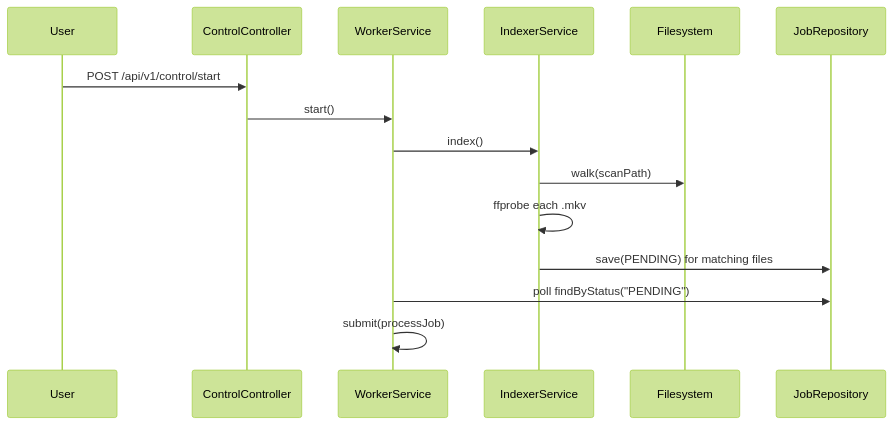
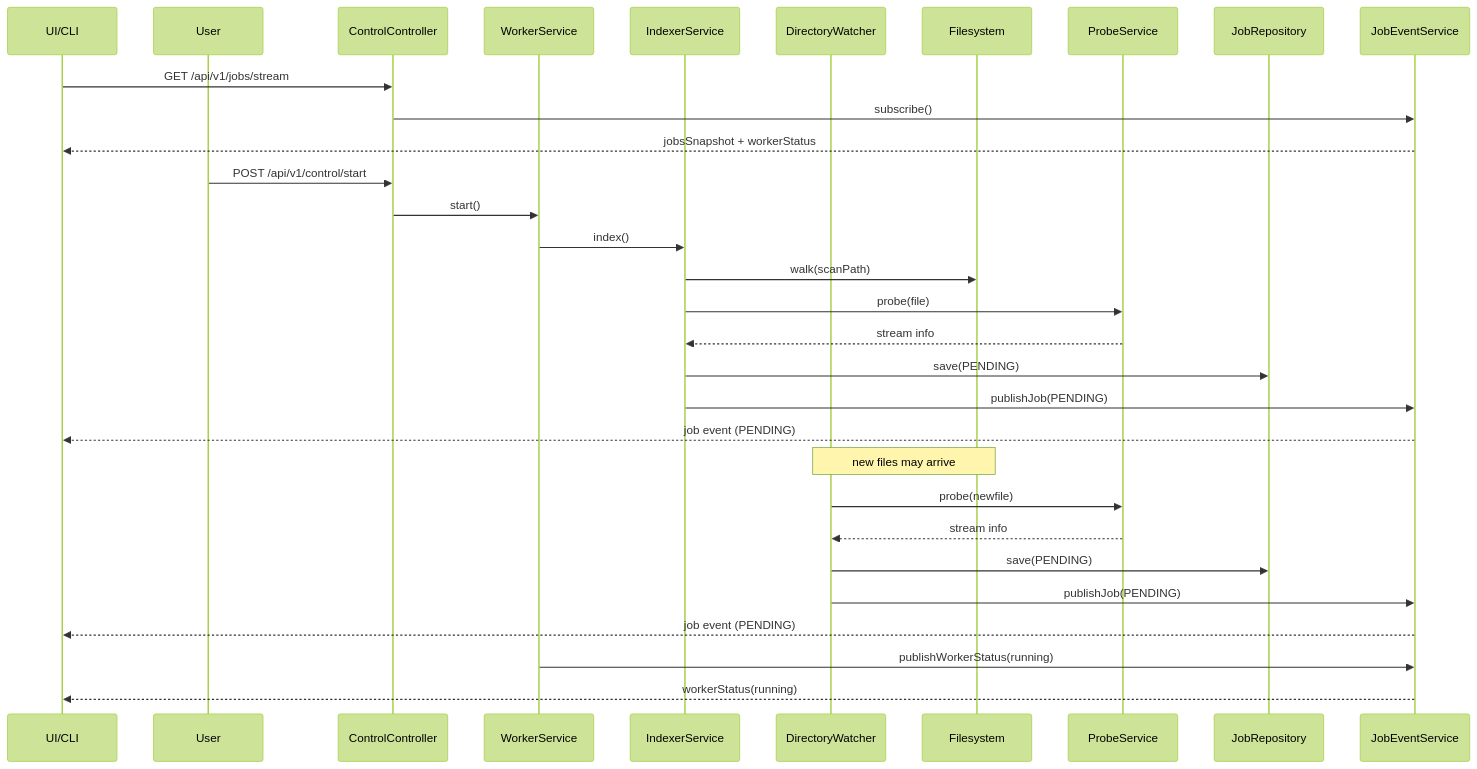
Before and after one commit to martinrevert/AACKiller: the second of 5 diagrams in README.md, drawn with Mermaid (forest theme). The commit also changed other lines of this file, not shown here.

Commit message:
update README  with Mermaid flowchart and enhance sequence diagrams

````diff
--- a/README.md
+++ b/README.md
@@ -43,18 +62,37 @@
 ```mermaid
 sequenceDiagram
+	participant Client as UI/CLI
 	participant User
 	participant API as ControlController
 	participant Worker as WorkerService
 	participant Indexer as IndexerService
+	participant Dir as DirectoryWatcher
 	participant FS as Filesystem
+	participant Probe as ProbeService
 	participant Repo as JobRepository
+	participant Events as JobEventService
+
+	Client->>API: GET /api/v1/jobs/stream
+	API->>Events: subscribe()
+	Events-->>Client: jobsSnapshot + workerStatus
 
 	User->>API: POST /api/v1/control/start
 	API->>Worker: start()
 	Worker->>Indexer: index()
 	Indexer->>FS: walk(scanPath)
-	Indexer->>Indexer: ffprobe each .mkv
-	Indexer->>Repo: save(PENDING) for matching files
-	Worker->>Repo: poll findByStatus("PENDING")
-	Worker->>Worker: submit(processJob)
+	Indexer->>Probe: probe(file)
+	Probe-->>Indexer: stream info
+	Indexer->>Repo: save(PENDING)
+	Indexer->>Events: publishJob(PENDING)
+	Events-->>Client: job event (PENDING)
+
+	Note over Dir,FS: new files may arrive
+	Dir->>Probe: probe(newfile)
+	Probe-->>Dir: stream info
+	Dir->>Repo: save(PENDING)
+	Dir->>Events: publishJob(PENDING)
+	Events-->>Client: job event (PENDING)
+
+	Worker->>Events: publishWorkerStatus(running)
+	Events-->>Client: workerStatus(running)
 ```
````
